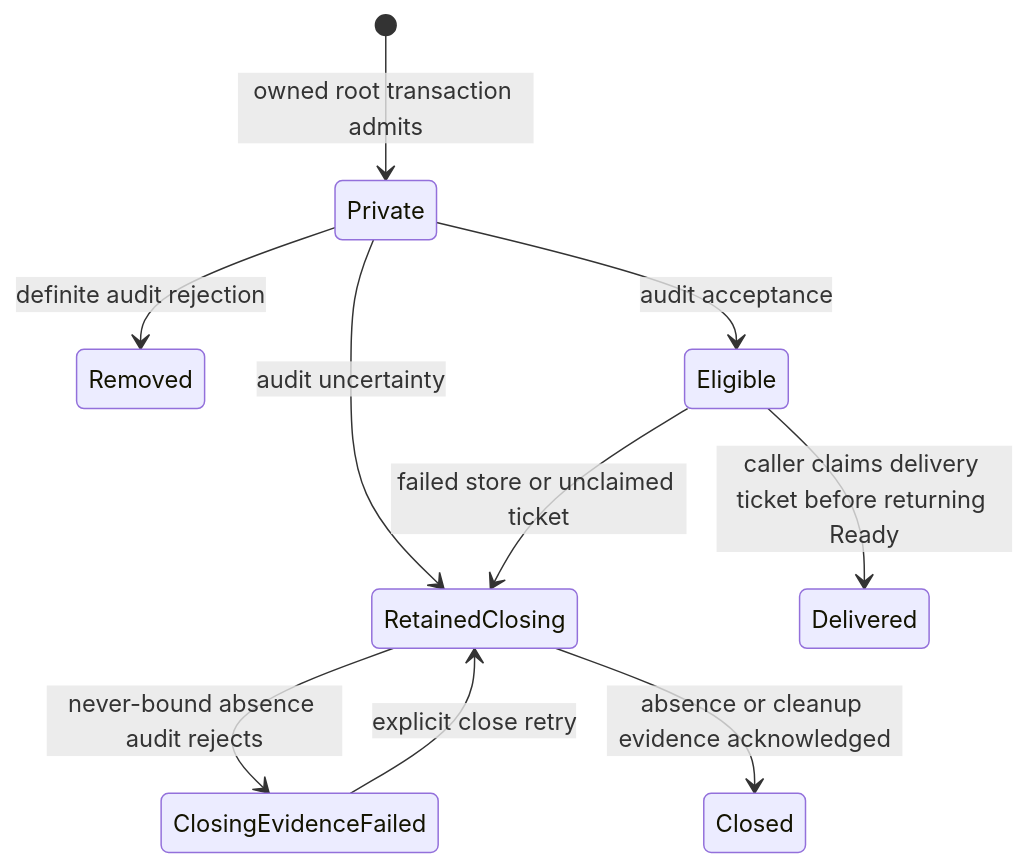
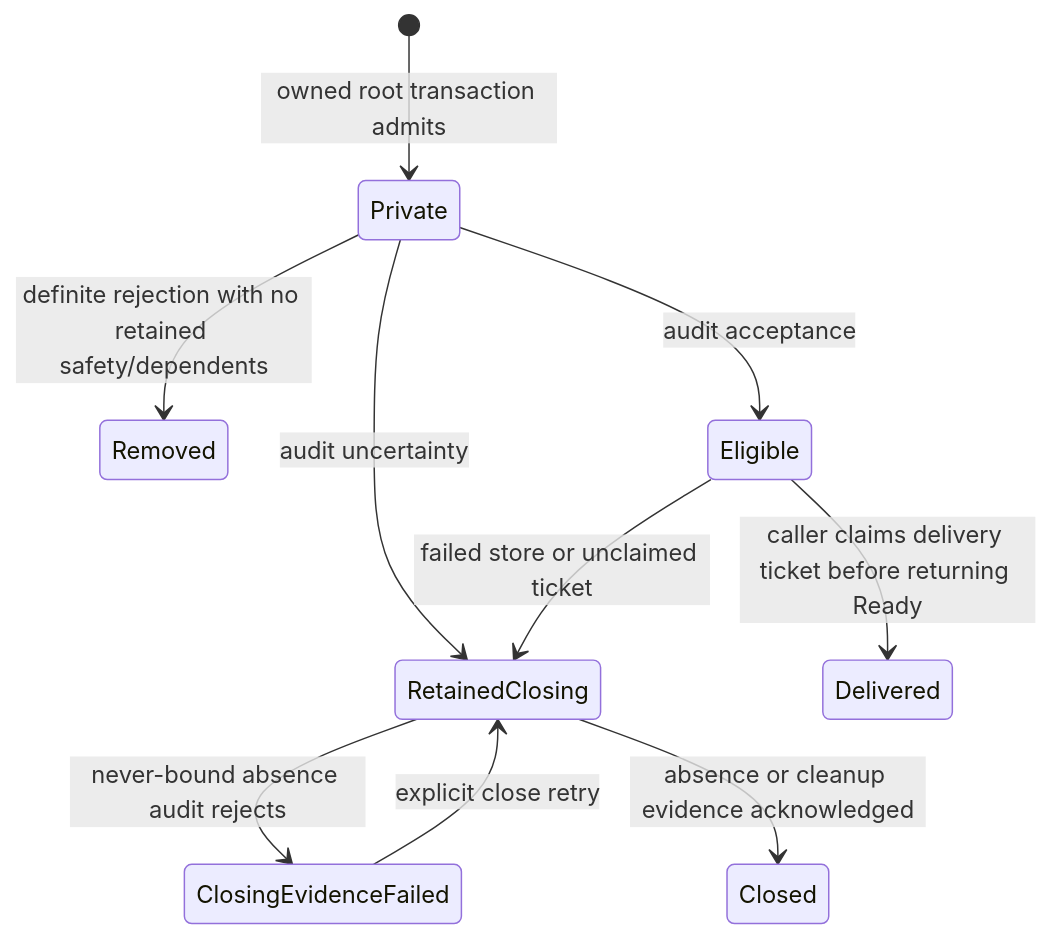
One commit to nessalabs/nessa-agent changed the eighth of 8 diagrams in docs/adr/todo/329-subagents.md. Above: the diagram before and after it, drawn with Mermaid. The commit also changed other lines of this file and 1 other file, not shown here.

Commit message:
docs(sdk): describe transfer and safety publication boundaries

````diff
--- a/docs/adr/todo/329-subagents.md
+++ b/docs/adr/todo/329-subagents.md
@@ -726,12 +727,12 @@
 ```mermaid
 stateDiagram-v2
   [*] --> Private: owned root transaction admits
-  Private --> Removed: definite audit rejection
+  Private --> Removed: definite rejection with no retained safety/dependents
   Private --> RetainedClosing: audit uncertainty
   Private --> Eligible: audit acceptance
   Eligible --> Delivered: caller claims delivery ticket before returning Ready
   Eligible --> RetainedClosing: failed store or unclaimed ticket
   RetainedClosing --> ClosingEvidenceFailed: never-bound absence audit rejects
   ClosingEvidenceFailed --> RetainedClosing: explicit close retry
   RetainedClosing --> Closed: absence or cleanup evidence acknowledged
 ```
````
